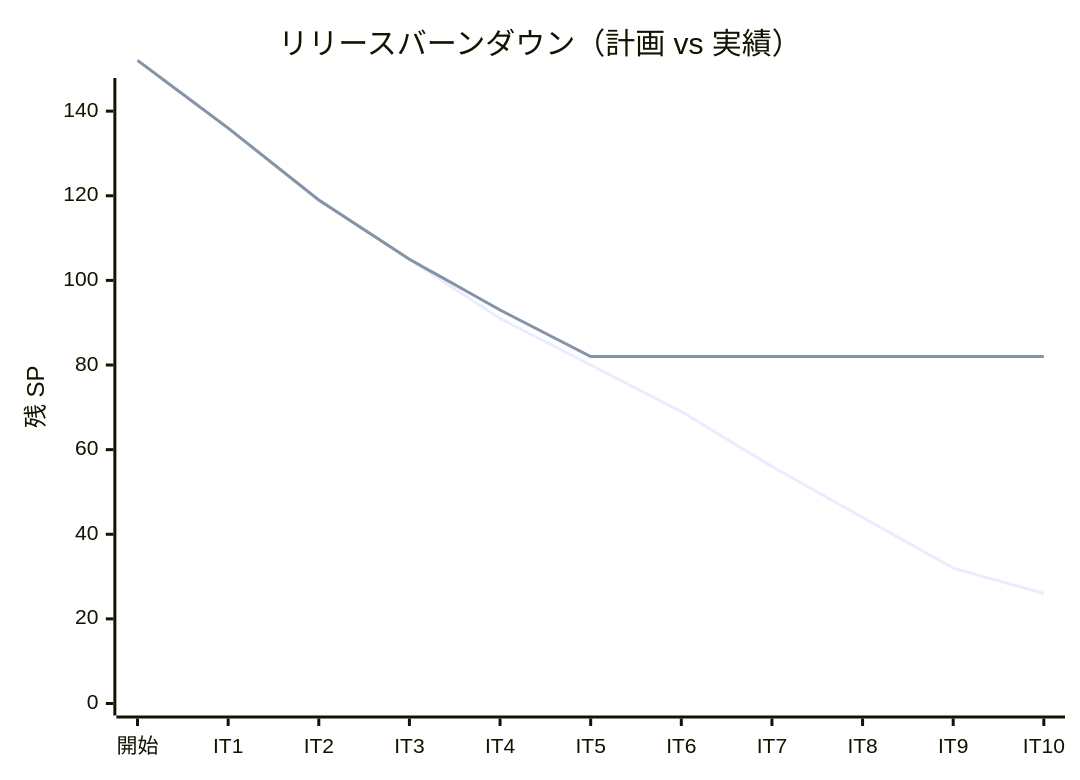
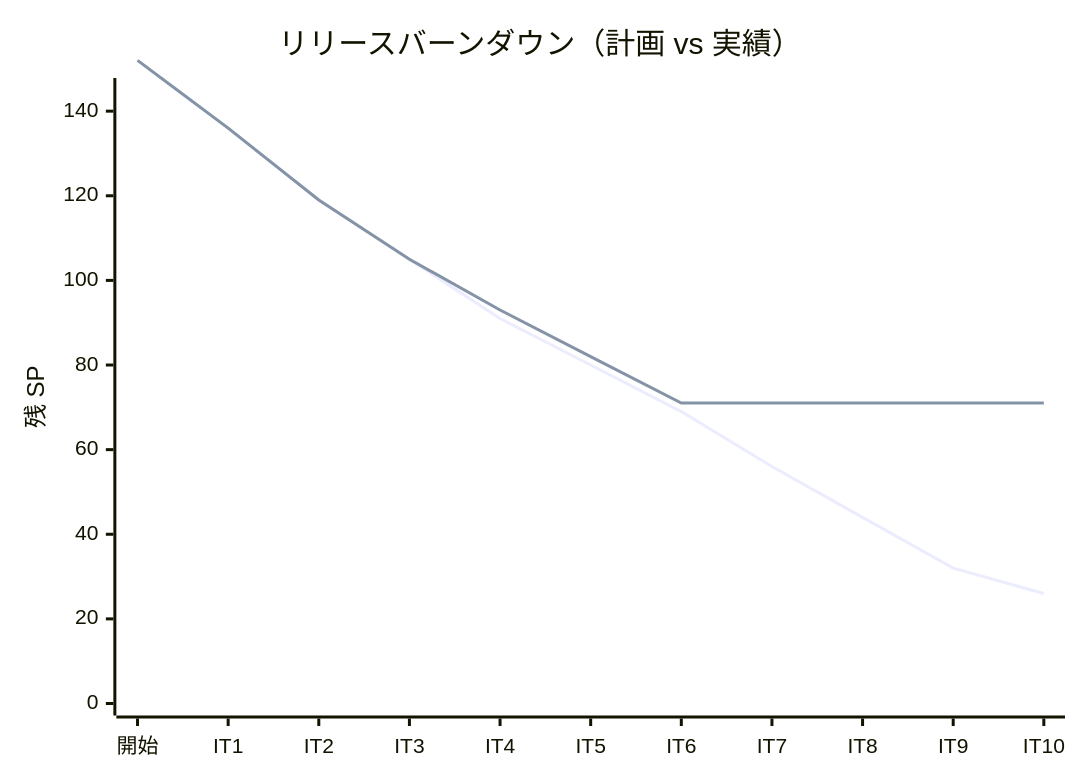
The third of 3 diagrams in docs/development/release_plan.md (k2works/case-study-cargo-tracker), drawn with Mermaid before and after one commit. The commit also changed other lines of this file and 1 other file, not shown here.

````diff
--- a/docs/development/release_plan.md
+++ b/docs/development/release_plan.md
@@ -544,8 +549,8 @@
 ```mermaid
 xychart-beta
     title "リリースバーンダウン（計画 vs 実績）"
     x-axis ["開始", "IT1", "IT2", "IT3", "IT4", "IT5", "IT6", "IT7", "IT8", "IT9", "IT10"]
     y-axis "残 SP" 0 --> 145
     line "計画" [152, 136, 119, 105, 91, 80, 69, 56, 44, 32, 26]
-    line "実績" [152, 136, 119, 105, 93, 82, 82, 82, 82, 82, 82]
+    line "実績" [152, 136, 119, 105, 93, 82, 71, 71, 71, 71, 71]
 ```
````
